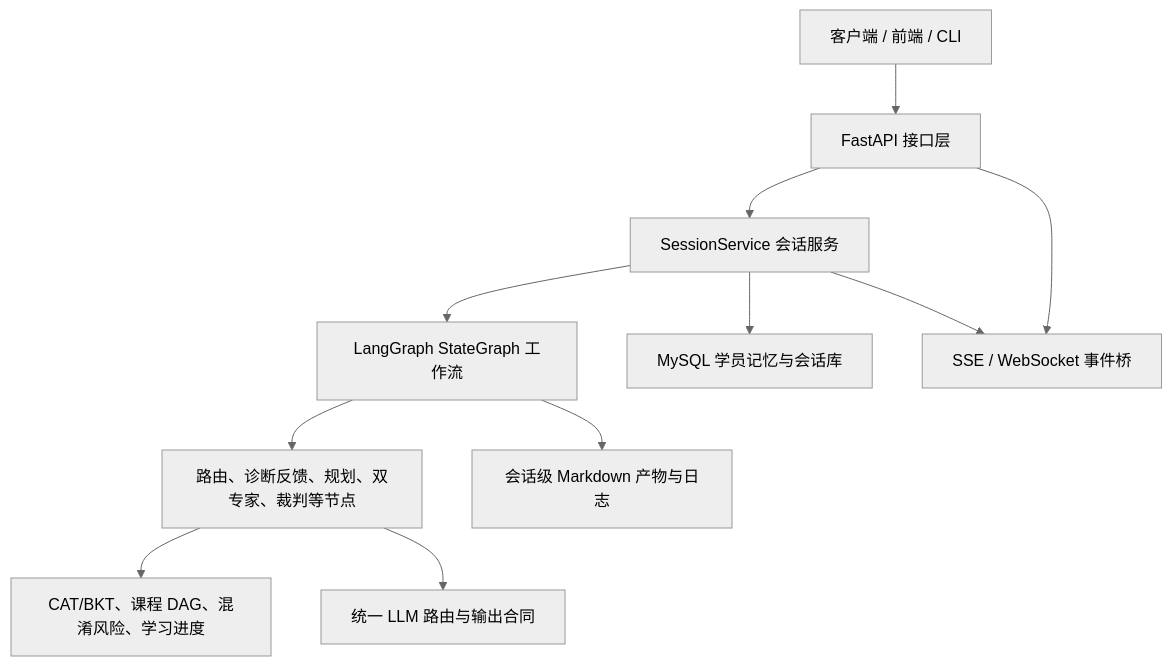
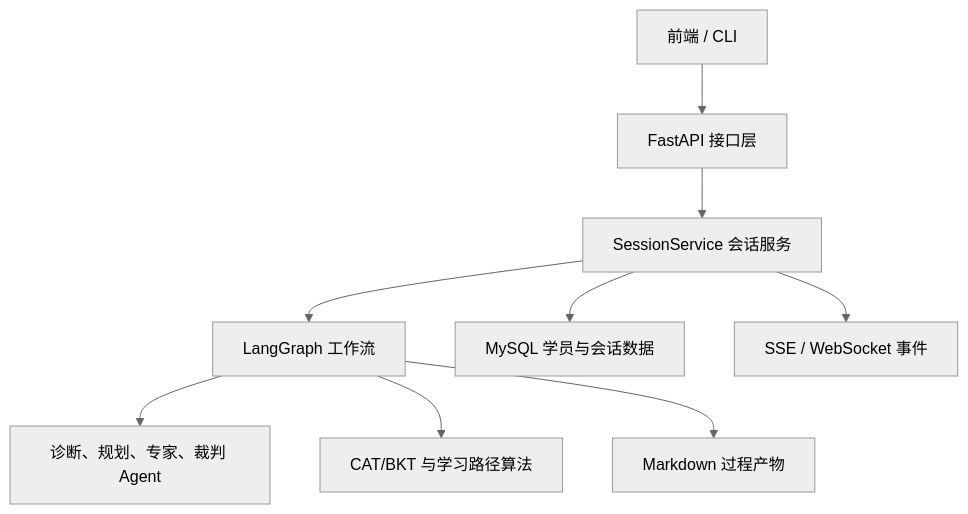
Before and after one commit to yuewen-ye/patent-tutor-agent: the first of 3 diagrams in docs/backend-system-design.md, drawn with Mermaid (neutral theme). The commit also changed other lines of this file and 1 other file, not shown here.

````diff
--- a/docs/backend-system-design.md
+++ b/docs/backend-system-design.md
@@ -36,13 +54,11 @@
 ```mermaid
 flowchart TB
-    Client["客户端 / 前端 / CLI"] --> API["FastAPI 接口层"]
+    Client["前端 / CLI"] --> API["FastAPI 接口层"]
     API --> Service["SessionService 会话服务"]
-    Service --> Graph["LangGraph StateGraph 工作流"]
-    Graph --> Agents["路由、诊断反馈、规划、双专家、裁判等节点"]
-    Agents --> Domain["CAT/BKT、课程 DAG、混淆风险、学习进度"]
-    Agents --> LLM["统一 LLM 路由与输出合同"]
-    Service --> DB["MySQL 学员记忆与会话库"]
-    Graph --> Artifact["会话级 Markdown 产物与日志"]
-    Service --> Event["SSE / WebSocket 事件桥"]
-    API --> Event
+    Service --> Graph["LangGraph 工作流"]
+    Graph --> Agents["诊断、规划、专家、裁判 Agent"]
+    Graph --> Learning["CAT/BKT 与学习路径算法"]
+    Service --> DB["MySQL 学员与会话数据"]
+    Graph --> Artifact["Markdown 过程产物"]
+    Service --> Event["SSE / WebSocket 事件"]
 ```
````
